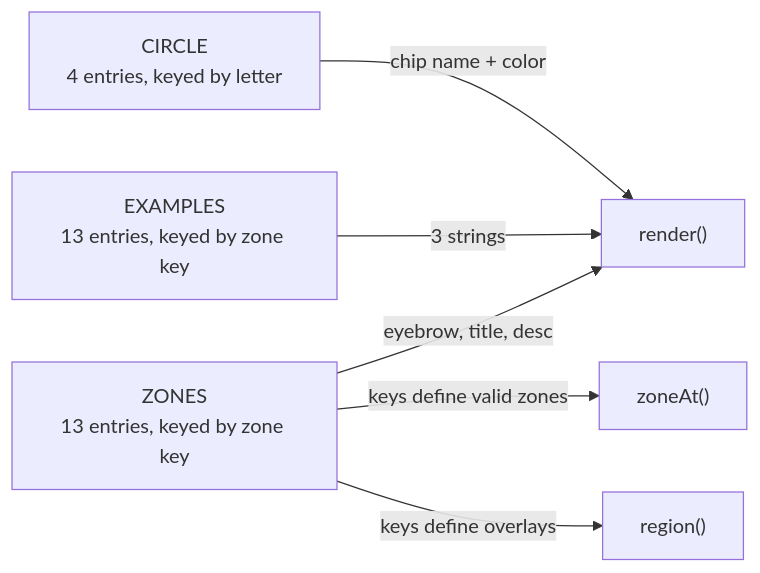
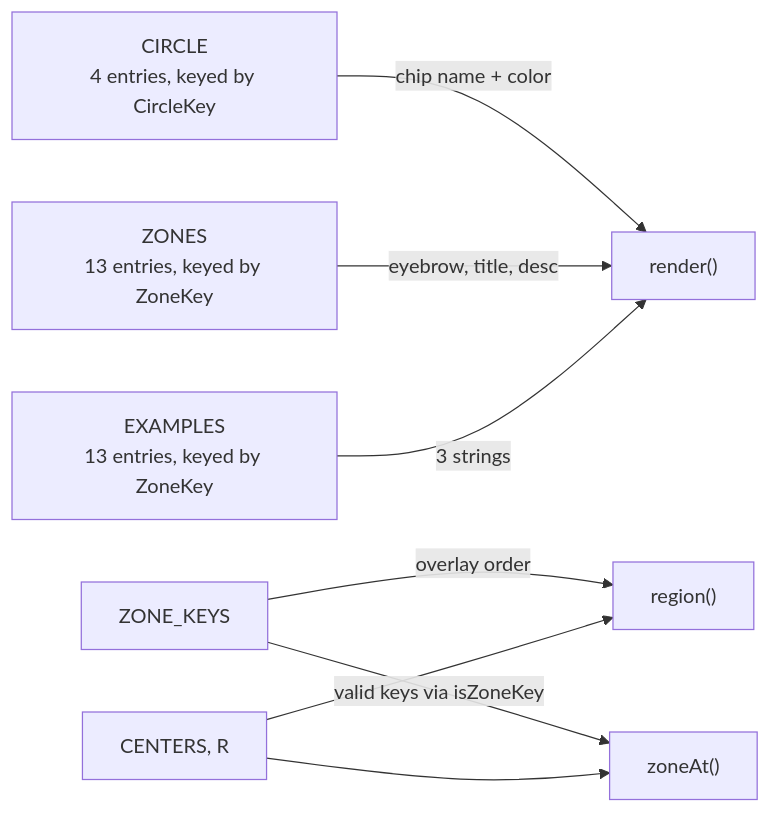
The diagram in droid-wiki/reference/data-models.md (FranklinP44/ikigai), drawn with Mermaid before and after one commit. The commit also changed other lines of this file and 30 other files, not shown here.

````diff
--- a/droid-wiki/reference/data-models.md
+++ b/droid-wiki/reference/data-models.md
@@ -5,8 +5,10 @@
 ```mermaid
 graph LR
-    CIRCLE["CIRCLE<br/>4 entries, keyed by letter"] -->|chip name + color| Render["render()"]
-    ZONES["ZONES<br/>13 entries, keyed by zone key"] -->|eyebrow, title, desc| Render
-    EXAMPLES["EXAMPLES<br/>13 entries, keyed by zone key"] -->|3 strings| Render
-    ZONES -->|keys define valid zones| ZoneAt["zoneAt()"]
-    ZONES -->|keys define overlays| Region["region()"]
+    CIRCLE["CIRCLE<br/>4 entries, keyed by CircleKey"] -->|chip name + color| Render["render()"]
+    ZONES["ZONES<br/>13 entries, keyed by ZoneKey"] -->|eyebrow, title, desc| Render
+    EXAMPLES["EXAMPLES<br/>13 entries, keyed by ZoneKey"] -->|3 strings| Render
+    ZONE_KEYS["ZONE_KEYS"] -->|overlay order| Region["region()"]
+    ZONE_KEYS -->|valid keys via isZoneKey| ZoneAt["zoneAt()"]
+    CENTERS["CENTERS, R"] --> ZoneAt
+    CENTERS --> Region
 ```
````
